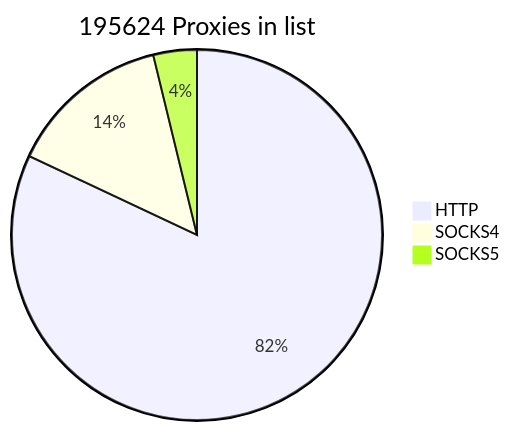
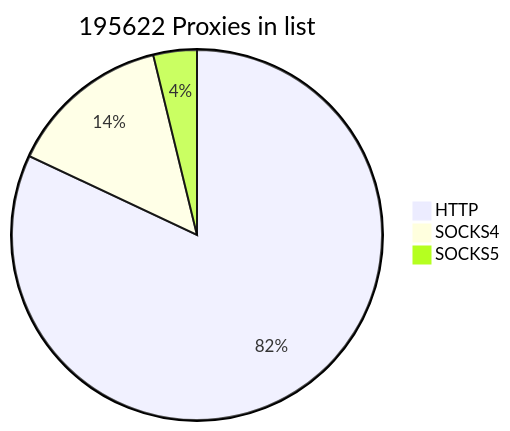
Before and after one commit to cutipu/proxylist: the first of 2 diagrams in README.md, drawn with Mermaid. The commit also changed other lines of this file, not shown here.

````diff
--- a/README.md
+++ b/README.md
@@ -2,7 +2,7 @@
 ```mermaid
-pie title 195624 Proxies in list
-    "HTTP" : 160409
-    "SOCKS4" : 27785
+pie title 195622 Proxies in list
+    "HTTP" : 160408
+    "SOCKS4" : 27784
     "SOCKS5" : 7430
             
 ```
````
